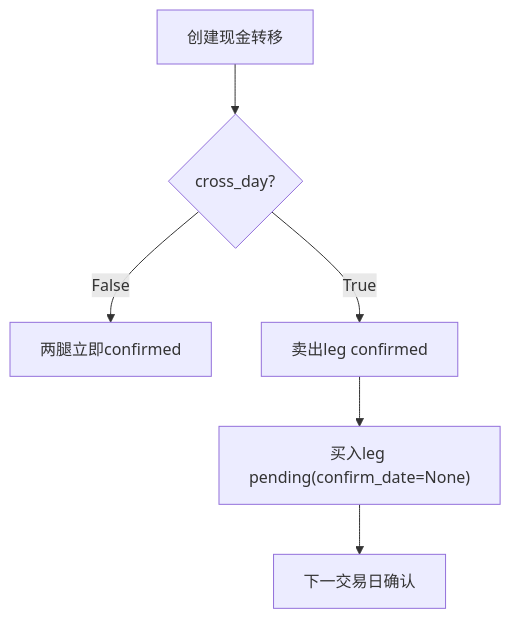
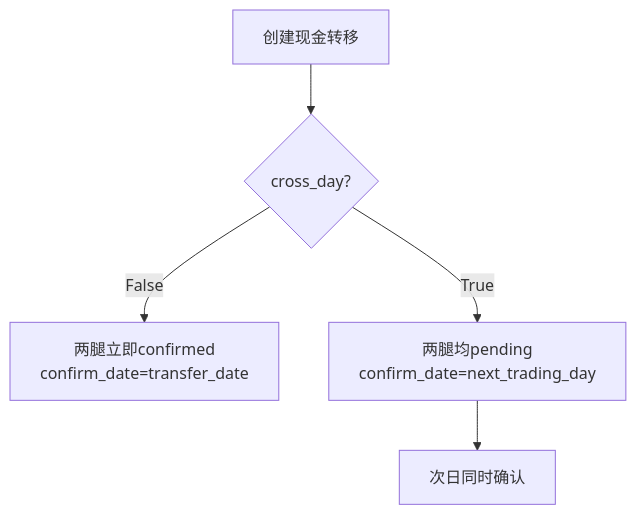
Before and after one commit to gujialind/InvestRing: the sixth of 7 diagrams in .qoder/repowiki/zh/content/核心业务功能/现金与交易录入重构迭代方案.md, drawn with Mermaid. The commit also changed other lines of this file and 8 other files, not shown here.

````diff
--- a/.qoder/repowiki/zh/content/核心业务功能/现金与交易录入重构迭代方案.md
+++ b/.qoder/repowiki/zh/content/核心业务功能/现金与交易录入重构迭代方案.md
@@ -271,8 +284,7 @@
 ```mermaid
 flowchart TD
 Create["创建现金转移"] --> Cross{"cross_day?"}
-Cross --> |False| BothConfirmed["两腿立即confirmed"]
-Cross --> |True| SellConfirmed["卖出leg confirmed"]
-SellConfirmed --> BuyPending["买入leg pending(confirm_date=None)"]
-BuyPending --> ConfirmLater["下一交易日确认"]
+Cross --> |False| BothConfirmed["两腿立即confirmed<br/>confirm_date=transfer_date"]
+Cross --> |True| BothPending["两腿均pending<br/>confirm_date=next_trading_day"]
+BothPending --> ConfirmLater["次日同时确认"]
 ```
````
